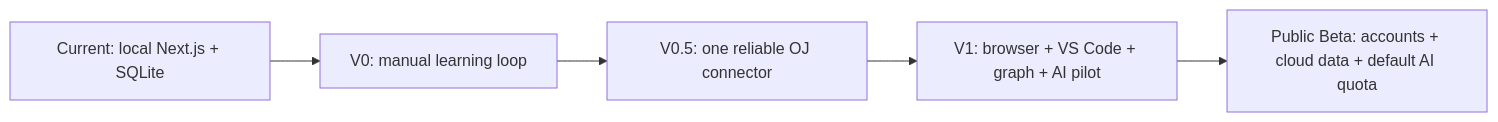
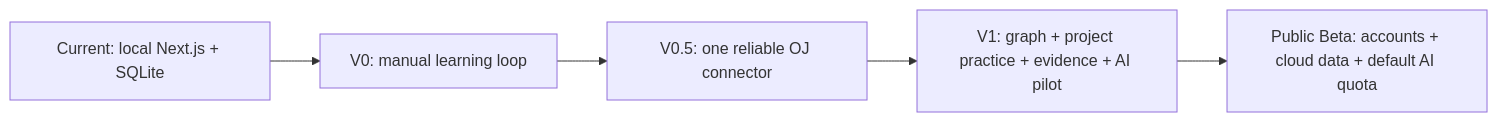
Before and after one commit to qiuyuyandong/AI-Coding-Training-Platform: the first of 2 diagrams in docs/superpowers/plans/2026-07-11-product-development-roadmap.md, drawn with Mermaid. The commit also changed other lines of this file and 45 other files, not shown here.

````diff
--- a/docs/superpowers/plans/2026-07-11-product-development-roadmap.md
+++ b/docs/superpowers/plans/2026-07-11-product-development-roadmap.md
@@ -63,7 +82,7 @@
 ```mermaid
 flowchart LR
   A["Current: local Next.js + SQLite"] --> B["V0: manual learning loop"]
   B --> C["V0.5: one reliable OJ connector"]
-  C --> D["V1: browser + VS Code + graph + AI pilot"]
+  C --> D["V1: graph + project practice + evidence + AI pilot"]
   D --> E["Public Beta: accounts + cloud data + default AI quota"]
 ```
````
